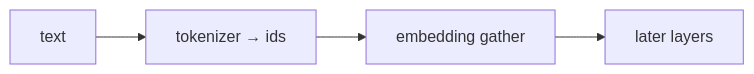
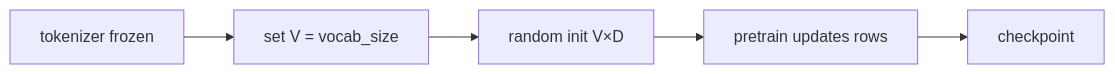
The diagram in web/src/content/beginner/en/embedding.md (chaxus/arche), drawn with Mermaid before and after one commit. The commit also changed other lines of this file and 9 other files, not shown here.

First line of the commit message:
Frame tokenizer and embedding as from-zero frontier training choices.

````diff
--- a/web/src/content/beginner/en/embedding.md
+++ b/web/src/content/beginner/en/embedding.md
@@ -15,6 +17,7 @@
 ```mermaid
 flowchart LR
-  text[text] --> tok[tokenizer → ids]
-  tok --> emb[embedding gather]
-  emb --> rest[later layers]
+  tok[tokenizer frozen] --> shape["set V = vocab_size"]
+  shape --> init["random init V×D"]
+  init --> pretrain[pretrain updates rows]
+  pretrain --> ckpt[checkpoint]
 ```
````
